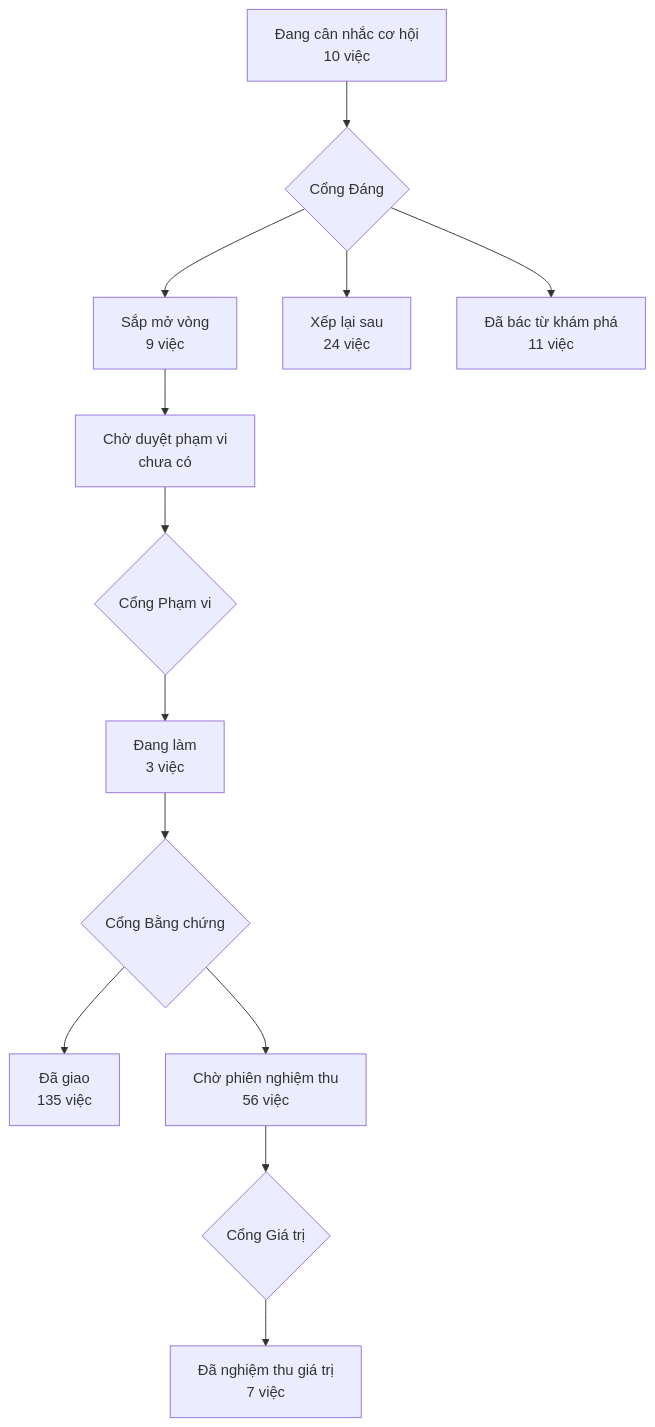
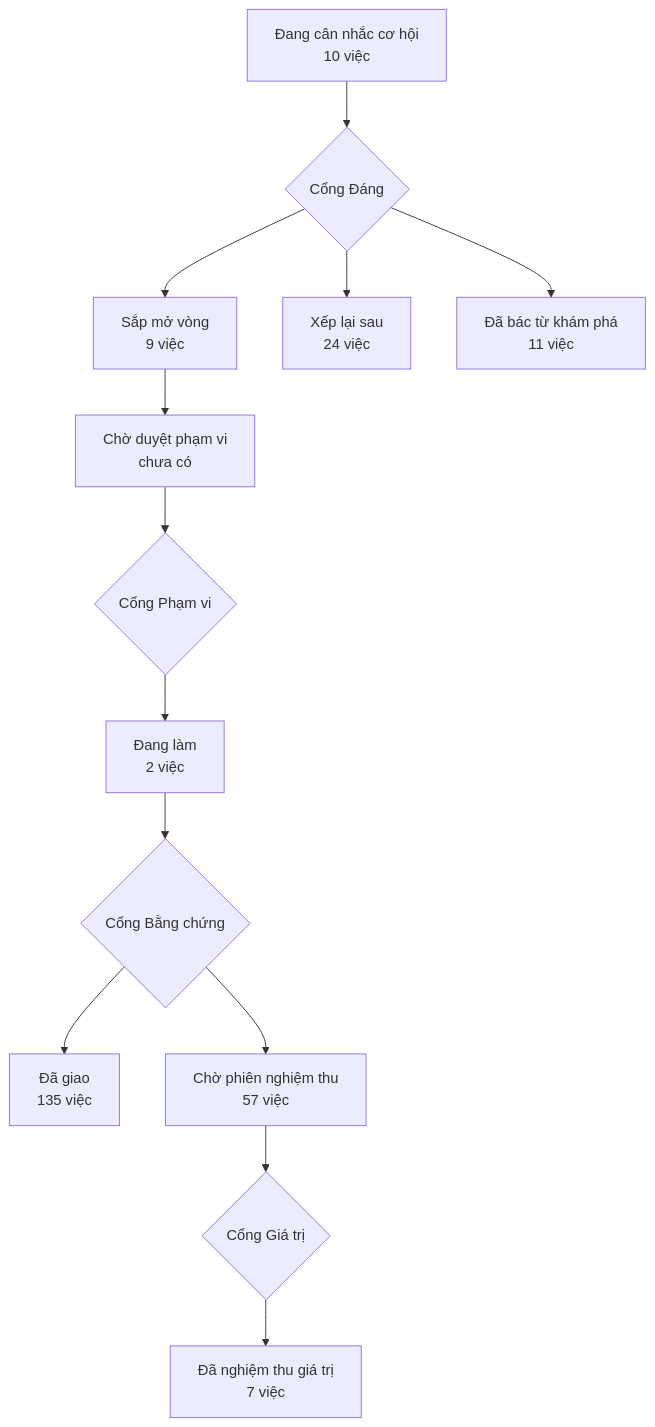
One commit to phanlemanh/acceptance-gate-kit changed the diagram in PRODUCT-MAP.md. Above: the diagram before and after it, drawn with Mermaid. The commit also changed 6 other files, not shown here.

````diff
--- a/PRODUCT-MAP.md
+++ b/PRODUCT-MAP.md
@@ -7,12 +7,12 @@
 ```mermaid
 flowchart TD
   A["Đang cân nhắc cơ hội<br/>10 việc"] --> GD{"Cổng Đáng"}
   GD --> B["Sắp mở vòng<br/>9 việc"]
   GD --> XL["Xếp lại sau<br/>24 việc"]
   GD --> DB["Đã bác từ khám phá<br/>11 việc"]
   B --> CD["Chờ duyệt phạm vi<br/>chưa có"] --> GP{"Cổng Phạm vi"}
-  GP --> DL["Đang làm<br/>3 việc"] --> GB{"Cổng Bằng chứng"}
+  GP --> DL["Đang làm<br/>2 việc"] --> GB{"Cổng Bằng chứng"}
   GB --> DG["Đã giao<br/>135 việc"]
-  GB --> CN["Chờ phiên nghiệm thu<br/>56 việc"] --> GG{"Cổng Giá trị"}
+  GB --> CN["Chờ phiên nghiệm thu<br/>57 việc"] --> GG{"Cổng Giá trị"}
   GG --> NT["Đã nghiệm thu giá trị<br/>7 việc"]
 ```
````
